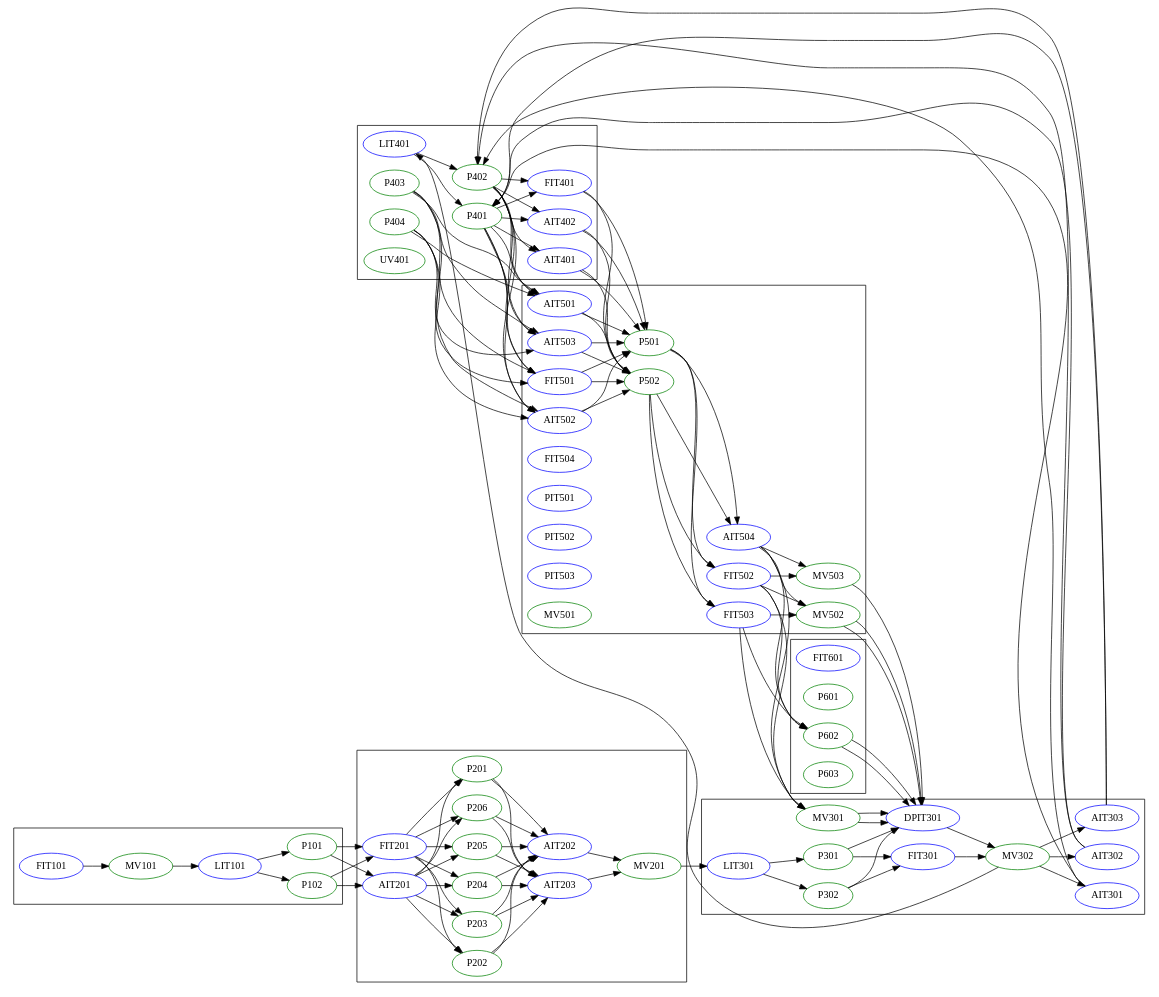
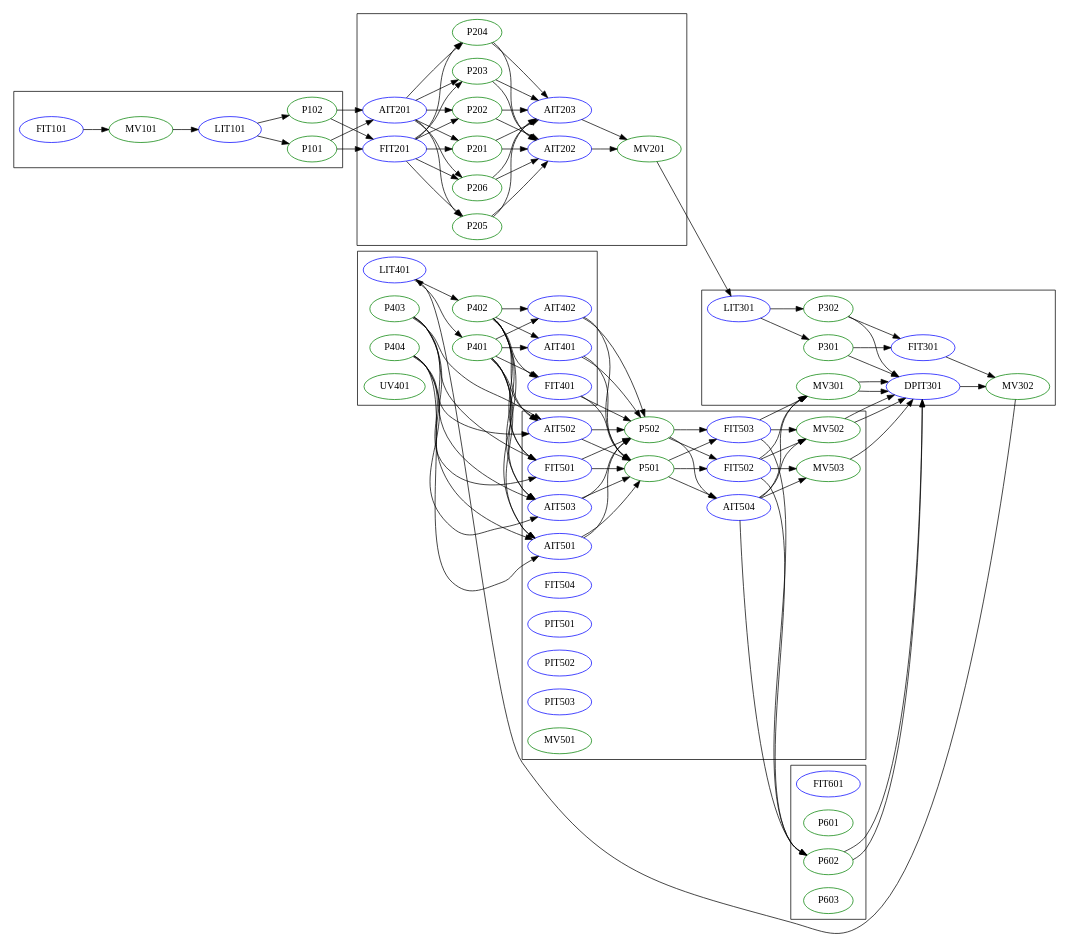
Before and after one commit to CITCOM-project/causal-cut-replication: the diagram in flow.dot, drawn with Graphviz. The commit also changed 6 other files, not shown here.

```diff
--- a/flow.dot
+++ b/flow.dot
@@ -1,80 +1,80 @@
 digraph dag {
   rankdir="LR";
 
   subgraph cluster_1 {
     FIT101[type="sensor" color="blue"];
     MV101[type="actuator" color="green"];
     LIT101[type="sensor" color="blue"];
     P101[type="actuator" color="green"];
     P102[type="actuator" color="green"];
   }
   subgraph cluster_2 {
     AIT201[type="sensor" color="blue"];
     AIT202[type="sensor" color="blue"];
     AIT203[type="sensor" color="blue"];
     FIT201[type="sensor" color="blue"];
     MV201[type="actuator" color="green"];
     P201[type="actuator" color="green"];
     P202[type="actuator" color="green"];
     P203[type="actuator" color="green"];
     P204[type="actuator" color="green"];
     P205[type="actuator" color="green"];
     P206[type="actuator" color="green"];
   }
   subgraph cluster_3 {
     DPIT301[type="sensor" color="blue"];
     FIT301[type="sensor" color="blue"];
     LIT301[type="sensor" color="blue"];
-    AIT301[type="sensor" color="blue"];
-    AIT302[type="sensor" color="blue"];
-    AIT303[type="sensor" color="blue"];
+    /* AIT301[type="sensor" color="blue"]; */
+    /* AIT302[type="sensor" color="blue"]; */
+    /* AIT303[type="sensor" color="blue"]; */
     MV302[type="actuator" color="green"];
     MV301[type="actuator" color="green"];
     P301[type="actuator" color="green"];
     P302[type="actuator" color="green"];
   }
   subgraph cluster_4 {
     AIT401[type="sensor" color="blue"];
     AIT402[type="sensor" color="blue"];
     FIT401[type="sensor" color="blue"];
     LIT401[type="sensor" color="blue"];
     P401[type="actuator" color="green"];
     P402[type="actuator" color="green"];
     P403[type="actuator" color="green"];
     P404[type="actuator" color="green"];
     UV401[type="actuator" color="green"];
   }
   subgraph cluster_5 {
     AIT501[type="sensor" color="blue"];
     AIT502[type="sensor" color="blue"];
     AIT503[type="sensor" color="blue"];
     AIT504[type="sensor" color="blue"];
     FIT501[type="sensor" color="blue"];
     FIT502[type="sensor" color="blue"];
     FIT503[type="sensor" color="blue"];
     FIT504[type="sensor" color="blue"];
     P501[type="actuator" color="green"];
     P502[type="actuator" color="green"];
     PIT501[type="sensor" color="blue"];
     PIT502[type="sensor" color="blue"];
     PIT503[type="sensor" color="blue"];
 
     MV501[type="actuator" color="green"];
     MV502[type="actuator" color="green"];
     MV503[type="actuator" color="green"];
 
   }
   subgraph cluster_6 {
     FIT601[type="sensor" color="blue"];
     P601[type="actuator" color="green"];
     P602[type="actuator" color="green"];
     P603[type="actuator" color="green"];
   }
 
   FIT101 -> MV101 -> LIT101 -> {P101;P102} ->
   {FIT201;AIT201} -> {P201;P202;P203;P204;P205;P206;} -> {AIT202;AIT203} -> MV201 ->
-  LIT301-> {P301;P302} -> {FIT301;DPIT301} -> MV302 -> {AIT301;AIT302;AIT303;LIT401} ->
+  LIT301-> {P301;P302} -> {FIT301;DPIT301} -> MV302 -> {/*AIT301;AIT302;AIT303;*/LIT401} ->
   {P401;P402} -> {AIT401;FIT401;AIT402;AIT501;AIT502;AIT503;FIT501} -> {P501;P502} -> {AIT504;FIT502;FIT503};
   {AIT504;FIT502} -> {/*MV501;*/MV503;MV502;P602;MV301} -> DPIT301;
   FIT503 -> {MV502;P602;MV301} -> DPIT301;
   {P403;P404} -> {AIT501;AIT502;AIT503;FIT501};}
```
